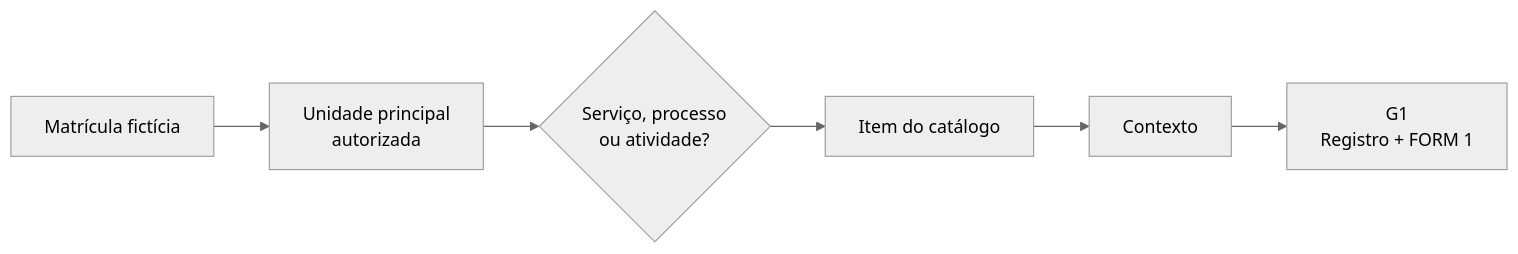
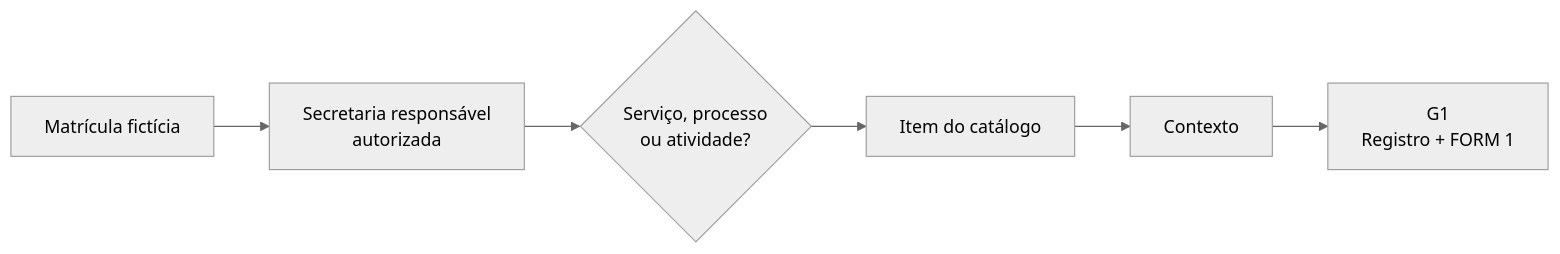
Before and after one commit to ailtonfv/governanca-lgpd-hortolandia: diagram 24 of 30 in README.md, drawn with Mermaid (neutral theme). The commit also changed other lines of this file and 5 other files, not shown here.

````diff
--- a/README.md
+++ b/README.md
@@ -869,8 +869,8 @@
 ```mermaid
 flowchart LR
-    M["Matrícula fictícia"] --> U["Unidade principal<br/>autorizada"]
+    M["Matrícula fictícia"] --> U["Secretaria responsável<br/>autorizada"]
     U --> T{"Serviço, processo<br/>ou atividade?"}
     T --> O["Item do catálogo"]
     O --> C["Contexto"]
     C --> G["G1<br/>Registro + FORM 1"]
 ```
````
